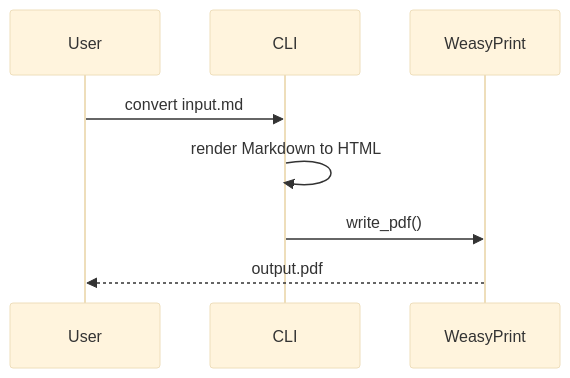
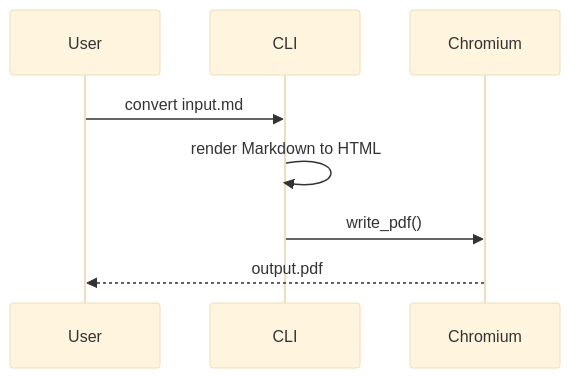
The second of 2 diagrams in examples/visual-test-cn.md (ABClize/mdtopdf), drawn with Mermaid (base theme) before and after one commit. The commit also changed other lines of this file and 32 other files, not shown here.

Commit message:
Replace WeasyPrint with unified Chromium rendering

````diff
--- a/examples/visual-test-cn.md
+++ b/examples/visual-test-cn.md
@@ -232,10 +232,10 @@
 ```mermaid
 sequenceDiagram
     participant U as User
     participant C as CLI
-    participant W as WeasyPrint
+    participant W as Chromium
     U->>C: convert input.md
     C->>C: render Markdown to HTML
     C->>W: write_pdf()
     W-->>U: output.pdf
 ```
````
